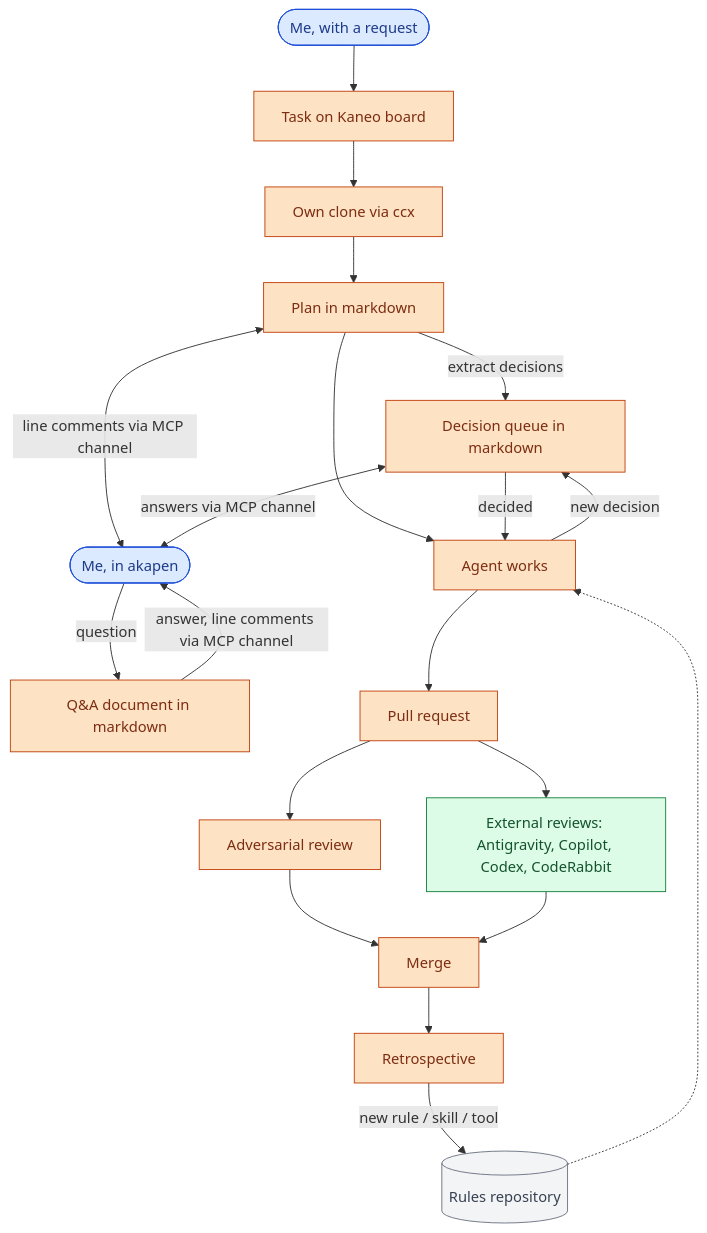
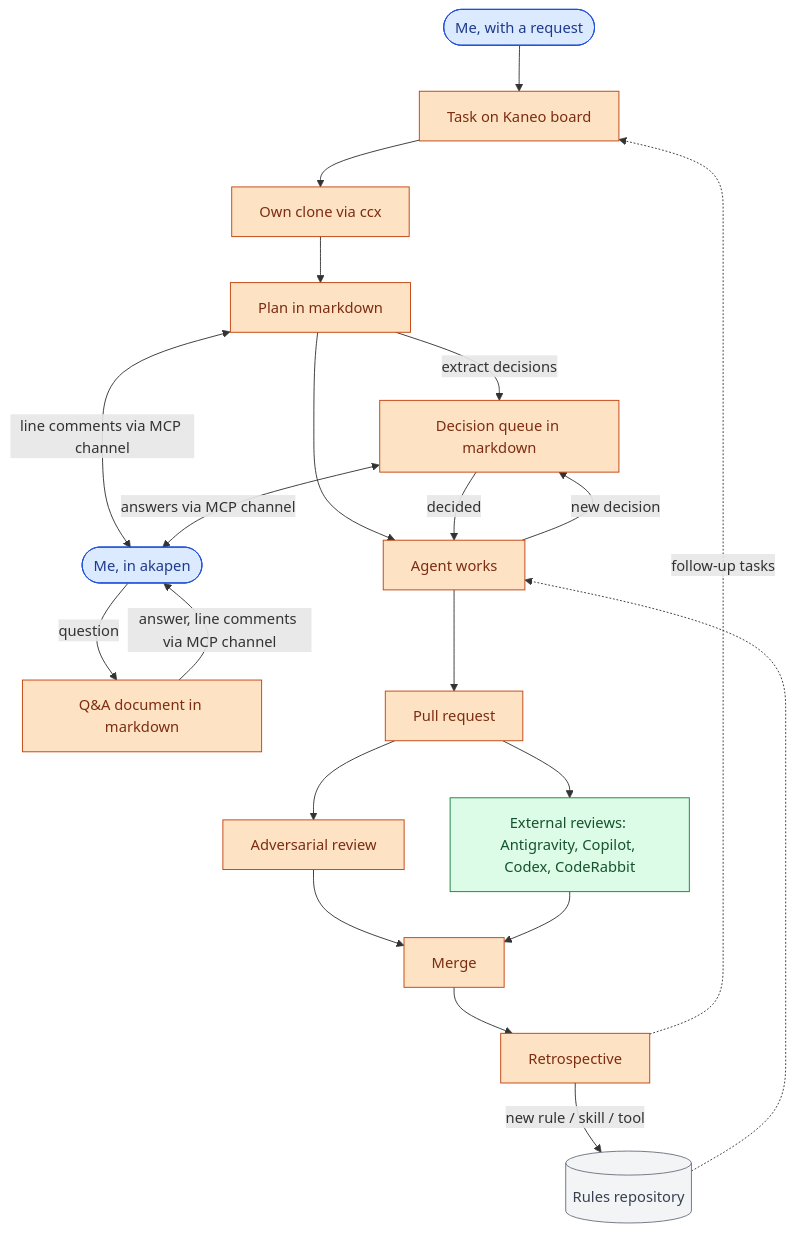
One commit to TakashiAihara/profile.takashiaihara.site changed the diagram in src/pages/workflow.md. Above: the diagram before and after it, drawn with Mermaid.

Commit message:
docs: retro creates follow-up tasks on the board
sid: WH5KIB
Claude-Session: https://claude.ai/code/session_01ToaAV7JAc6DQPwKjMsDghs

```diff
--- a/src/pages/workflow.md
+++ b/src/pages/workflow.md
@@ -12,30 +12,31 @@
 <pre class="mermaid">
 flowchart TD
   req([Me, with a request]) --> task[Task on Kaneo board]
   task --> clone[Own clone via ccx]
   clone --> plan[Plan in markdown]
   plan -->|extract decisions| queue[Decision queue in markdown]
   plan <-->|line comments via MCP channel| me([Me, in akapen])
   queue <-->|answers via MCP channel| me
   plan --> work[Agent works]
   queue -->|decided| work
   work -->|new decision| queue
   me -->|question| qa[Q&A document in markdown]
   qa -->|answer, line comments via MCP channel| me
   work --> pr[Pull request]
   pr --> review[Adversarial review]
   pr --> ext[External reviews: Antigravity, Copilot, Codex, CodeRabbit]
   review --> merge[Merge]
   ext --> merge
   merge --> retro[Retrospective]
   retro -->|new rule / skill / tool| rules[(Rules repository)]
   rules -.-> work
+  retro -.->|follow-up tasks| task
   classDef human fill:#dbeafe,stroke:#1d4ed8,color:#1e3a8a
   classDef claude fill:#fde2c4,stroke:#c2410c,color:#7c2d12
   classDef other fill:#dcfce7,stroke:#15803d,color:#14532d
   classDef store fill:#f3f4f6,stroke:#6b7280,color:#374151
   class req,me human
   class task,clone,plan,work,queue,qa,pr,review,merge,retro claude
   class ext other
   class rules store
 </pre>
```
